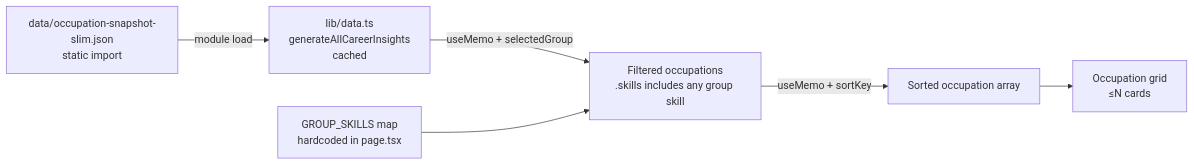
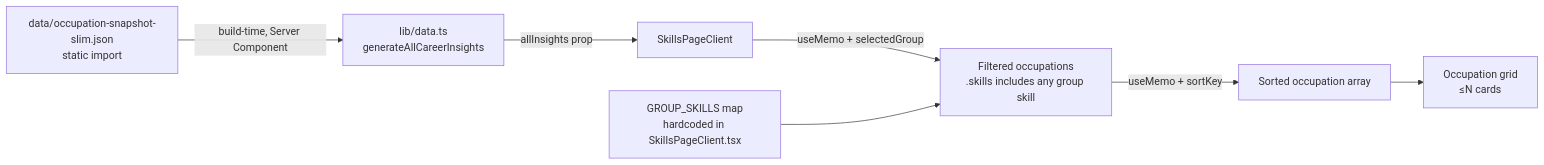
Before and after one commit to vibewatch/FutureGrid: the first of 4 diagrams in docs/skills.md, drawn with Mermaid. The commit also changed other lines of this file and 14 other files, not shown here.

````diff
--- a/docs/skills.md
+++ b/docs/skills.md
@@ -67,8 +67,9 @@
 ```mermaid
 flowchart LR
-    A[data/occupation-snapshot-slim.json\nstatic import] -->|module load| B[lib/data.ts\ngenerateAllCareerInsights\ncached]
-    B -->|useMemo + selectedGroup| C[Filtered occupations\n.skills includes any group skill]
+    A[data/occupation-snapshot-slim.json\nstatic import] -->|build-time, Server Component| B[lib/data.ts\ngenerateAllCareerInsights]
+    B -->|allInsights prop| SC[SkillsPageClient]
+    SC -->|useMemo + selectedGroup| C[Filtered occupations\n.skills includes any group skill]
     C -->|useMemo + sortKey| D[Sorted occupation array]
     D --> E[Occupation grid\n≤N cards]
-    F[GROUP_SKILLS map\nhardcoded in page.tsx] --> C
+    F[GROUP_SKILLS map\nhardcoded in SkillsPageClient.tsx] --> C
 ```
````
